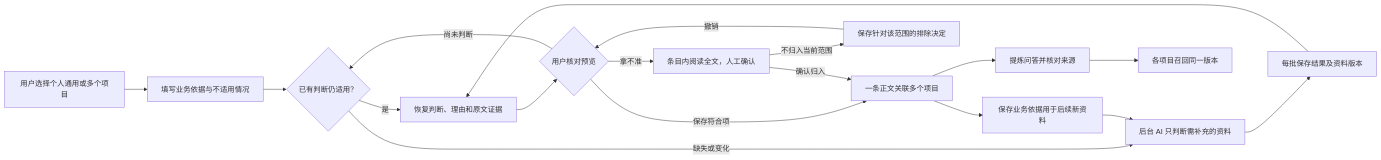
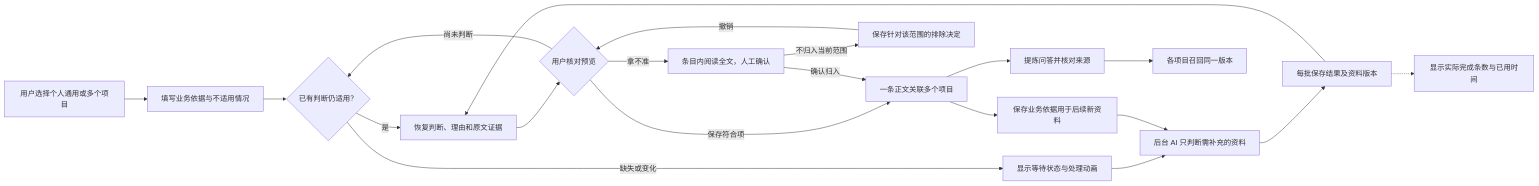
One commit to 1942293420/Evolvmem_MCP changed the second of 4 diagrams in docs/context-core.md. Above: the diagram before and after it, drawn with Mermaid. The commit also changed other lines of this file and 14 other files, not shown here.

````diff
--- a/docs/context-core.md
+++ b/docs/context-core.md
@@ -192,20 +194,22 @@
 ```mermaid
 flowchart LR
   A[用户选择个人通用或多个项目] --> B[填写业务依据与不适用情况]
   B --> K{已有判断仍适用？}
   K -->|是| D[恢复判断、理由和原文证据]
-  K -->|缺失或变化| C[后台 AI 只判断需补充的资料]
+  K -->|缺失或变化| Q[显示等待状态与处理动画]
+  Q --> C[后台 AI 只判断需补充的资料]
   C --> L[每批保存结果及资料版本]
+  L -.-> P[显示实际完成条数与已用时间]
   L --> D
   D --> E{用户核对预览}
   E -->|保存符合项| F[一条正文关联多个项目]
   E -->|拿不准| G[条目内阅读全文，人工确认]
   G -->|确认归入| F
   G -->|不归入当前范围| N[保存针对该范围的排除决定]
   N -->|撤销| E
   E -->|尚未判断| K
   F --> H[提炼问答并核对来源]
   H --> I[各项目召回同一版本]
   F --> J[保存业务依据用于后续新资料]
   J --> C
 ```
````
